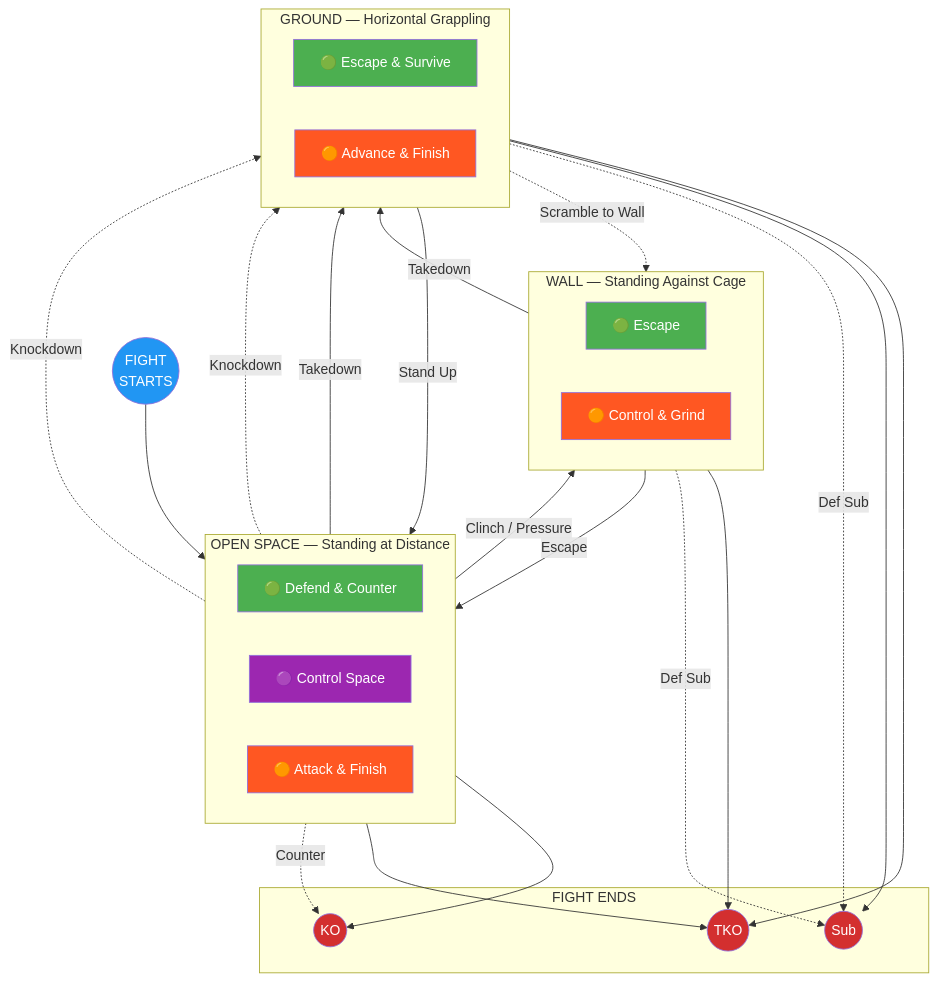
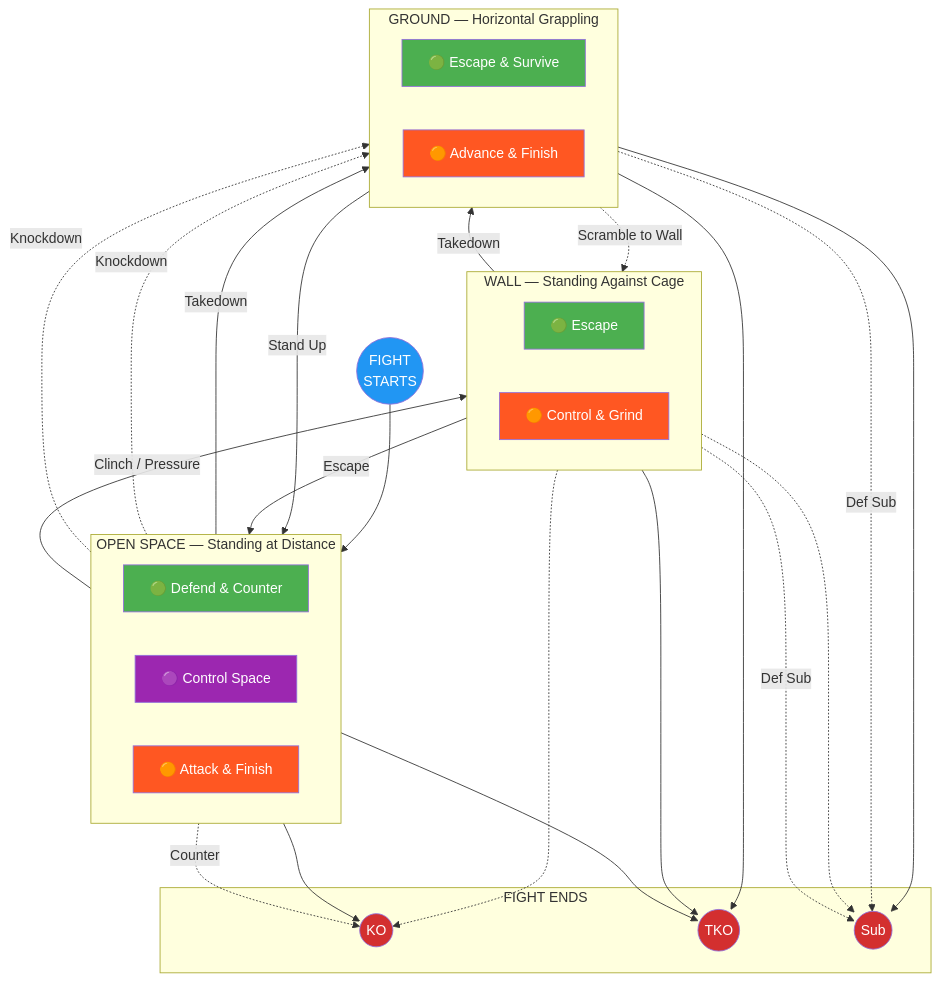
One commit to ACalienes/Ecological-MMA-Game-System changed the diagram in docs/index.md. Above: the diagram before and after it, drawn with Mermaid. The commit also changed 1 other file, not shown here.

Commit message:
Add wall knockout and standing submission paths
Wall fighting can lead to all three finish types:
- TKO (primary): Accumulated damage from grinding
- KO (dotted): Dirty boxing knockout - short hooks, uppercuts, knees
- SUB (dotted): Standing submissions - guillotine, RNC, arm triangle

Changes:
- index.md: Add W_ATK -.-> KO and W_ATK -.-> SUB
- map.md: Add WGr -.-> KO and WGr -.-> SUB

Completes the finish path audit - all realistic MMA outcomes now represented.

````diff
--- a/docs/index.md
+++ b/docs/index.md
@@ -69,72 +69,74 @@
 ```mermaid
 flowchart TB
     START((FIGHT<br>STARTS)) --> OPEN
 
     subgraph OPEN["OPEN SPACE — Standing at Distance"]
         direction LR
         O_DEF["🟢 Defend & Counter"]
         O_CTL["🟣 Control Space"]
         O_ATK["🟠 Attack & Finish"]
     end
 
     subgraph WALL["WALL — Standing Against Cage"]
         direction LR
         W_DEF["🟢 Escape"]
         W_ATK["🟠 Control & Grind"]
     end
 
     subgraph GROUND["GROUND — Horizontal Grappling"]
         direction LR
         G_DEF["🟢 Escape & Survive"]
         G_ATK["🟠 Advance & Finish"]
     end
 
     subgraph FINISH["FIGHT ENDS"]
         KO((KO))
         TKO((TKO))
         SUB((Sub))
     end
 
     %% Transitions between positions
     OPEN -->|"Clinch / Pressure"| WALL
     OPEN -->|"Takedown"| GROUND
     WALL -->|"Escape"| OPEN
     WALL -->|"Takedown"| GROUND
     GROUND -->|"Stand Up"| OPEN
     GROUND -.->|"Scramble to Wall"| WALL
 
     %% Knockdown paths (striking leads to ground)
     O_ATK -.->|"Knockdown"| GROUND
     O_DEF -.->|"Knockdown"| GROUND
 
     %% Paths to finish
     O_ATK --> KO
     O_ATK --> TKO
     W_ATK --> TKO
+    W_ATK -.-> KO
+    W_ATK -.-> SUB
     G_ATK --> TKO
     G_ATK --> SUB
     O_DEF -.->|"Counter"| KO
     G_DEF -.->|"Def Sub"| SUB
     W_DEF -.->|"Def Sub"| SUB
 
     %% Styling
     style START fill:#2196F3,color:#fff
     style O_DEF fill:#4CAF50,color:#fff
     style O_CTL fill:#9C27B0,color:#fff
     style O_ATK fill:#FF5722,color:#fff
     style W_DEF fill:#4CAF50,color:#fff
     style W_ATK fill:#FF5722,color:#fff
     style G_DEF fill:#4CAF50,color:#fff
     style G_ATK fill:#FF5722,color:#fff
     style KO fill:#D32F2F,color:#fff
     style TKO fill:#D32F2F,color:#fff
     style SUB fill:#D32F2F,color:#fff
 
     click O_DEF "#open-space-defensive"
     click O_CTL "#open-space-control"
     click O_ATK "#open-space-offensive"
     click W_DEF "#wall-defensive"
     click W_ATK "#wall-offensive"
     click G_DEF "#ground-defensive"
     click G_ATK "#ground-offensive"
 ```
````
